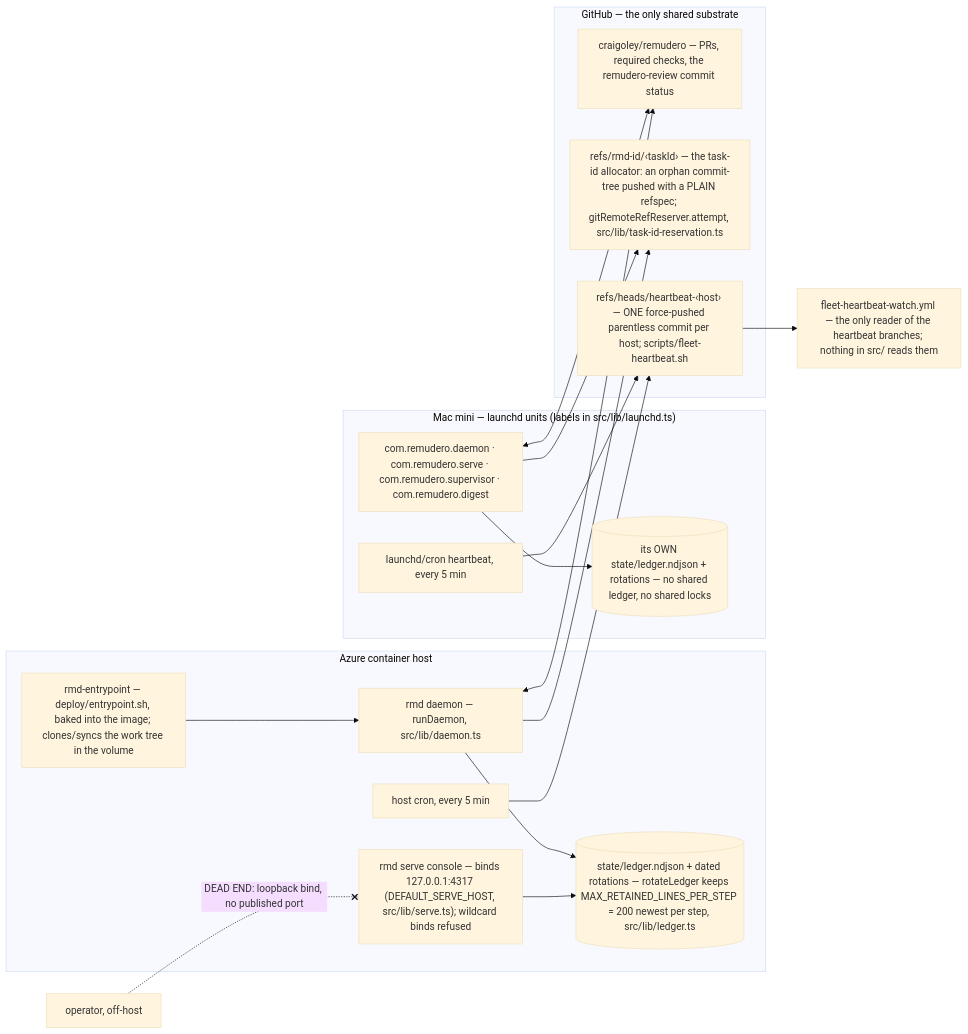
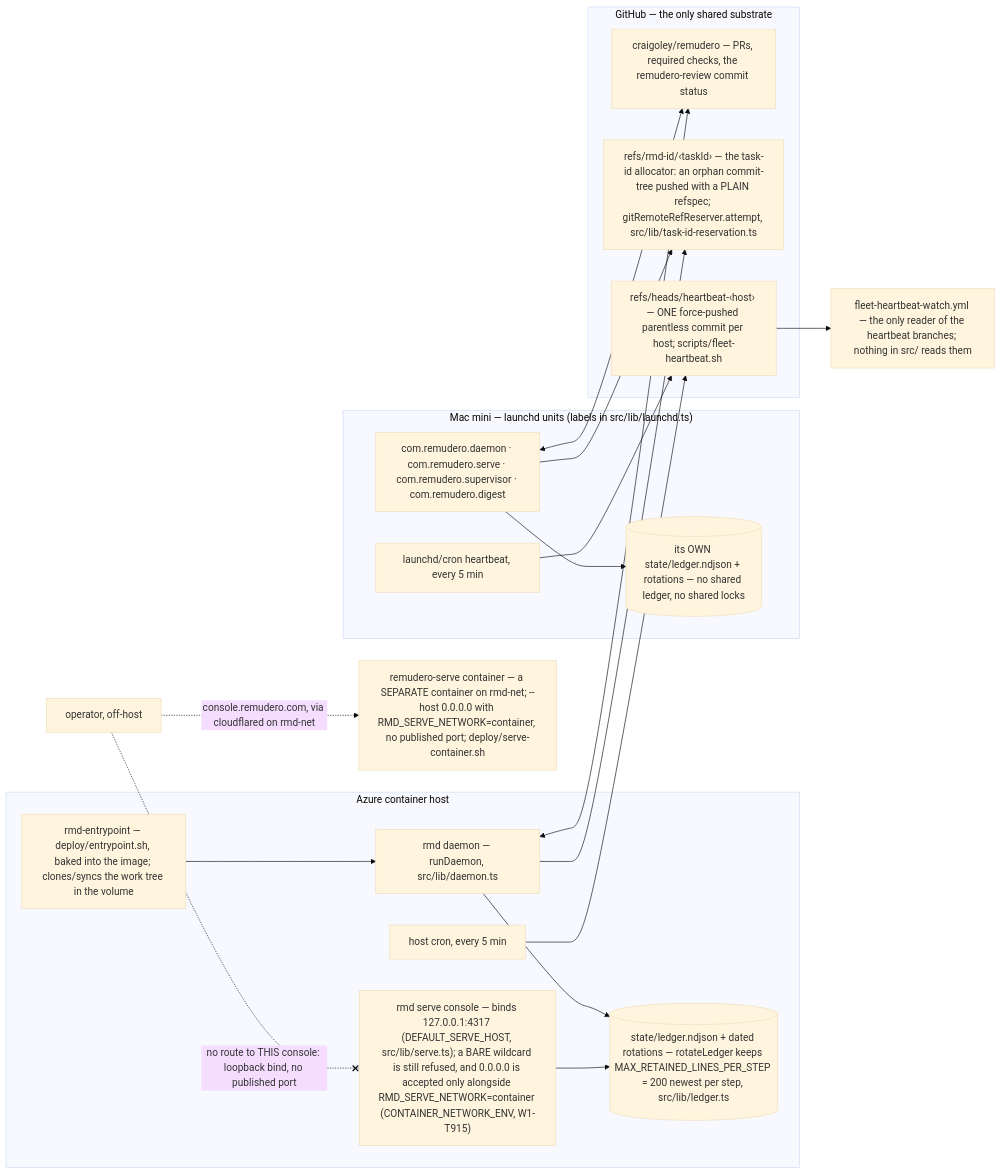
Before and after one commit to craigoley/remudero: the first of 4 diagrams in docs/system-diagrams.md, drawn with Mermaid (base theme). The commit also changed other lines of this file and 3 other files, not shown here.

````diff
--- a/docs/system-diagrams.md
+++ b/docs/system-diagrams.md
@@ -38,38 +38,40 @@
 ```mermaid
 flowchart LR
     subgraph AZ["Azure container host"]
         AE["rmd-entrypoint — deploy/entrypoint.sh, baked into the image; clones/syncs the work tree in the volume"]
         AD["rmd daemon — runDaemon, src/lib/daemon.ts"]
         AL[("state/ledger.ndjson + dated rotations — rotateLedger keeps MAX_RETAINED_LINES_PER_STEP = 200 newest per step, src/lib/ledger.ts")]
-        AC["rmd serve console — binds 127.0.0.1:4317 (DEFAULT_SERVE_HOST, src/lib/serve.ts); wildcard binds refused"]
+        AC["rmd serve console — binds 127.0.0.1:4317 (DEFAULT_SERVE_HOST, src/lib/serve.ts); a BARE wildcard is still refused, and 0.0.0.0 is accepted only alongside RMD_SERVE_NETWORK=container (CONTAINER_NETWORK_ENV, W1-T915)"]
         ACRON["host cron, every 5 min"]
         AE --> AD
         AD --> AL
         AC --> AL
     end
 
     subgraph MINI["Mac mini — launchd units (labels in src/lib/launchd.ts)"]
         MU["com.remudero.daemon · com.remudero.serve · com.remudero.supervisor · com.remudero.digest"]
         ML[("its OWN state/ledger.ndjson + rotations — no shared ledger, no shared locks")]
         MCRON["launchd/cron heartbeat, every 5 min"]
         MU --> ML
     end
 
     subgraph GH["GitHub — the only shared substrate"]
         REPO["craigoley/remudero — PRs, required checks, the remudero-review commit status"]
         IDS["refs/rmd-id/‹taskId› — the task-id allocator: an orphan commit-tree pushed with a PLAIN refspec; gitRemoteRefReserver.attempt, src/lib/task-id-reservation.ts"]
         HB["refs/heads/heartbeat-‹host› — ONE force-pushed parentless commit per host; scripts/fleet-heartbeat.sh"]
     end
 
     WATCH["fleet-heartbeat-watch.yml — the only reader of the heartbeat branches; nothing in src/ reads them"]
     PHONE["operator, off-host"]
 
     AD <--> REPO
     MU <--> REPO
     AD --> IDS
     MU --> IDS
     ACRON --> HB
     MCRON --> HB
     HB --> WATCH
-    PHONE -. "DEAD END: loopback bind, no published port" .-x AC
+    PHONE -. "no route to THIS console: loopback bind, no published port" .-x AC
+    PHONE -. "console.remudero.com, via cloudflared on rmd-net" .-> SERVE
+    SERVE["remudero-serve container — a SEPARATE container on rmd-net; --host 0.0.0.0 with RMD_SERVE_NETWORK=container, no published port; deploy/serve-container.sh"]
 ```
````
